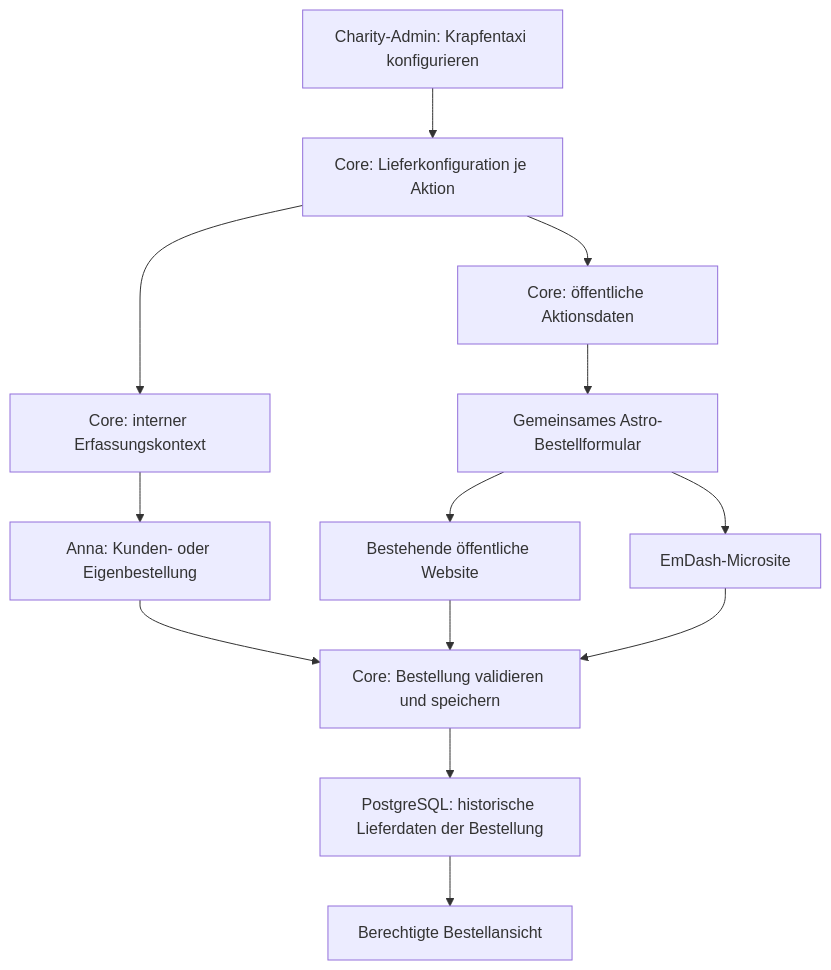
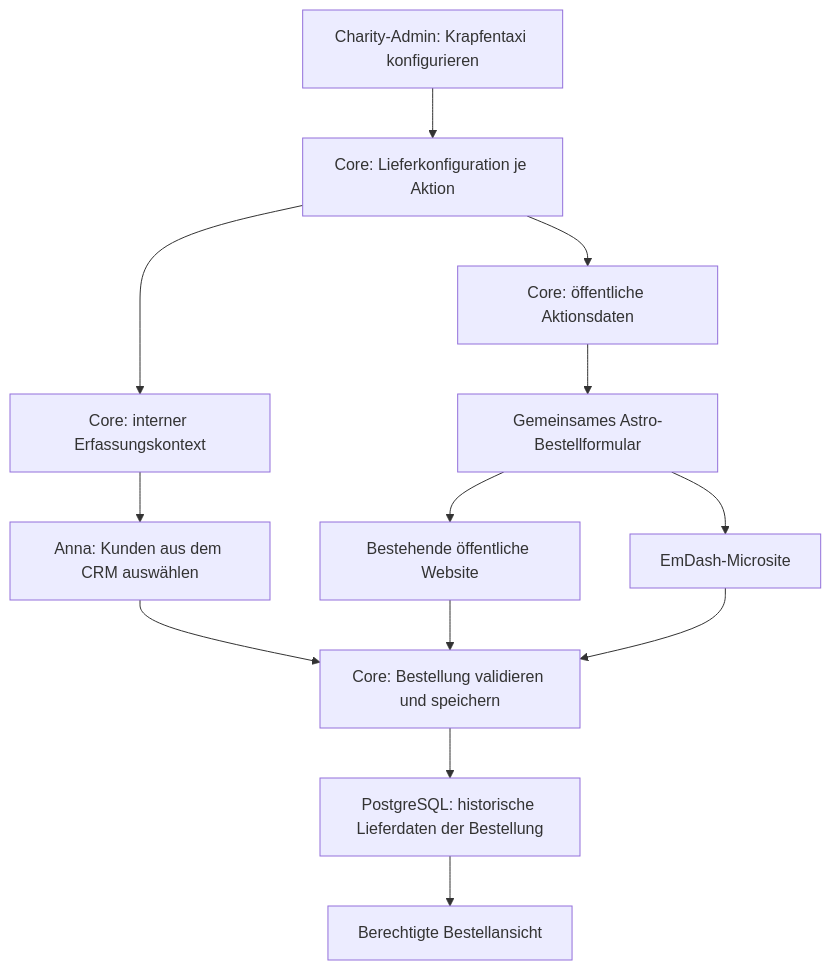
The diagram in specs/krapfentaxi-lieferplanung/PLAN.md (BjoernSchotte/leonaid), drawn with Mermaid before and after one commit. The commit also changed other lines of this file and 13 other files, not shown here.

````diff
--- a/specs/krapfentaxi-lieferplanung/PLAN.md
+++ b/specs/krapfentaxi-lieferplanung/PLAN.md
@@ -45,15 +45,15 @@
 ```mermaid
 flowchart TD
   Admin[Charity-Admin: Krapfentaxi konfigurieren] --> Config[Core: Lieferkonfiguration je Aktion]
   Config --> Internal[Core: interner Erfassungskontext]
   Config --> Public[Core: öffentliche Aktionsdaten]
-  Internal --> Anna[Anna: Kunden- oder Eigenbestellung]
+  Internal --> Anna[Anna: Kunden aus dem CRM auswählen]
   Public --> Form[Gemeinsames Astro-Bestellformular]
   Form --> Legacy[Bestehende öffentliche Website]
   Form --> CMS[EmDash-Microsite]
   Anna --> Order[Core: Bestellung validieren und speichern]
   Legacy --> Order
   CMS --> Order
   Order --> Snapshot[PostgreSQL: historische Lieferdaten der Bestellung]
   Snapshot --> Detail[Berechtigte Bestellansicht]
 ```
````
